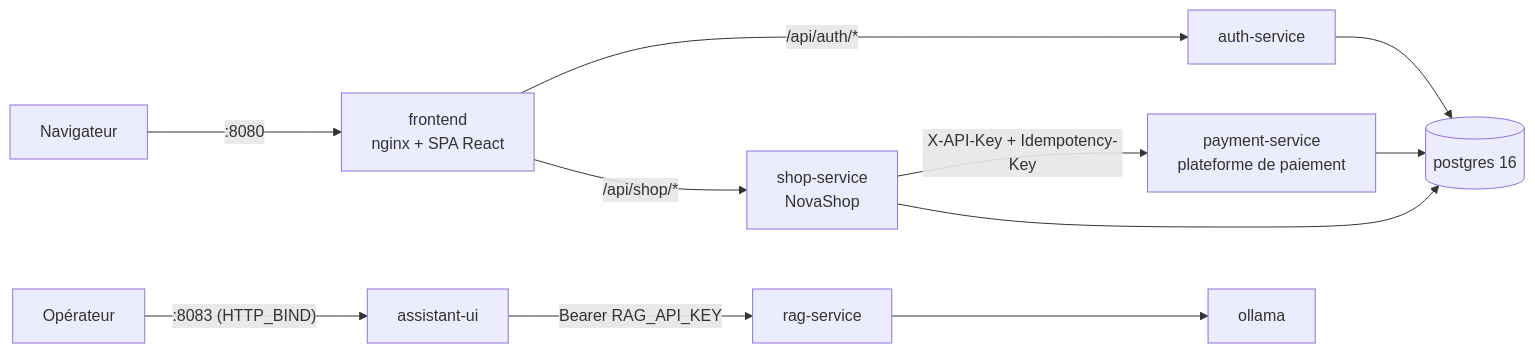
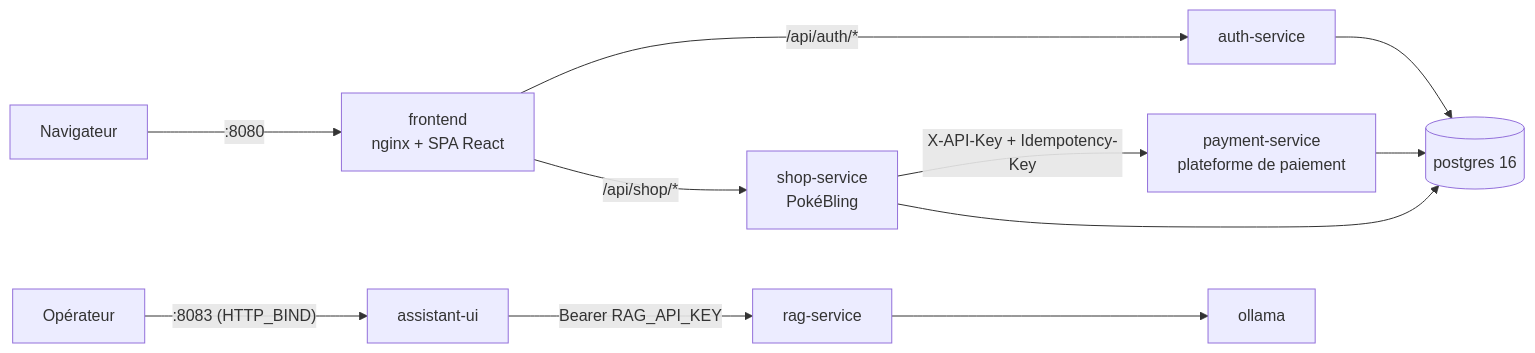
The first of 2 diagrams in documents/architecture-generale.md (redarcepsi/workshop-novashop), drawn with Mermaid before and after one commit. The commit also changed other lines of this file and 91 other files, not shown here.

Commit message:
Refonte de la boutique : NovaShop devient PokéBling (cartes Pokémon, PokéDollars, boosters, collection)

````diff
--- a/documents/architecture-generale.md
+++ b/documents/architecture-generale.md
@@ -33,13 +35,13 @@
 ```mermaid
 flowchart LR
     U[Navigateur] -->|":8080"| F["frontend<br/>nginx + SPA React"]
     F -->|"/api/auth/*"| A[auth-service]
-    F -->|"/api/shop/*"| S["shop-service<br/>NovaShop"]
+    F -->|"/api/shop/*"| S["shop-service<br/>PokéBling"]
     S -->|"X-API-Key + Idempotency-Key"| P["payment-service<br/>plateforme de paiement"]
     A --> DB[("postgres 16")]
     S --> DB
     P --> DB
     O[Opérateur] -->|":8083 (HTTP_BIND)"| W[assistant-ui]
     W -->|"Bearer RAG_API_KEY"| R[rag-service]
     R --> L[ollama]
 ```
````
